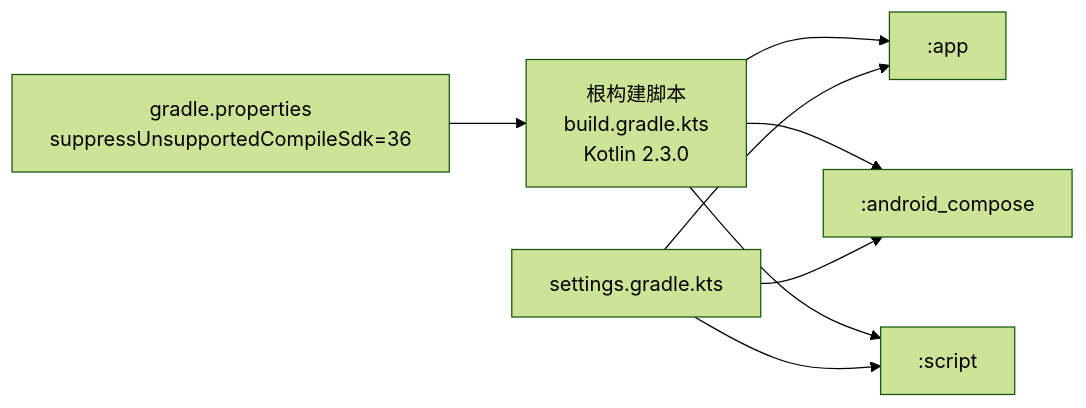
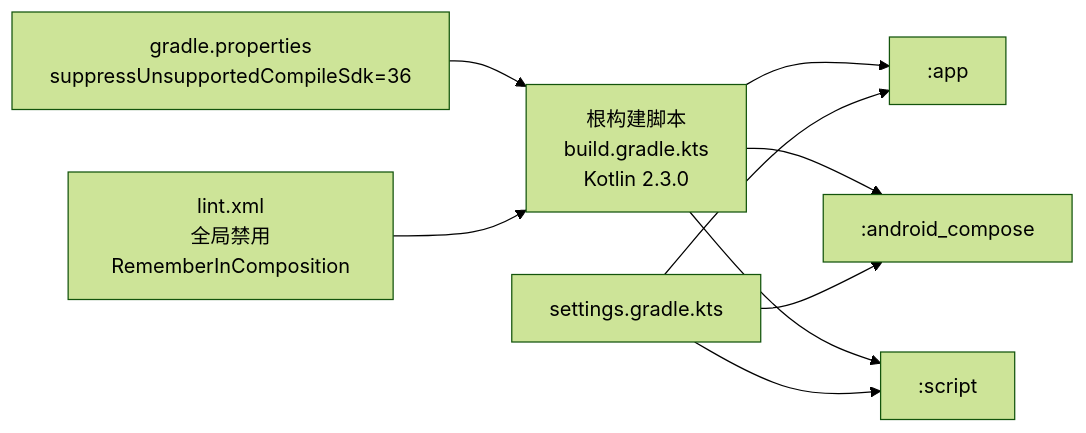
The third of 4 diagrams in .qoder/repowiki/zh/content/故障排除.md (guuyn/OpenClaw-Android), drawn with Mermaid (forest theme) before and after one commit. The commit also changed other lines of this file and 5 other files, not shown here.

````diff
--- a/.qoder/repowiki/zh/content/故障排除.md
+++ b/.qoder/repowiki/zh/content/故障排除.md
@@ -194,10 +199,11 @@
 ```mermaid
 graph LR
 Root["根构建脚本<br/>build.gradle.kts<br/>Kotlin 2.3.0"] --> App[":app"]
 Root --> AC[":android_compose"]
 Root --> Script[":script"]
 Settings["settings.gradle.kts"] --> App
 Settings --> AC
 Settings --> Script
 Props["gradle.properties<br/>suppressUnsupportedCompileSdk=36"] --> Root
+XMLLint["lint.xml<br/>全局禁用RememberInComposition"] --> Root
 ```
````
